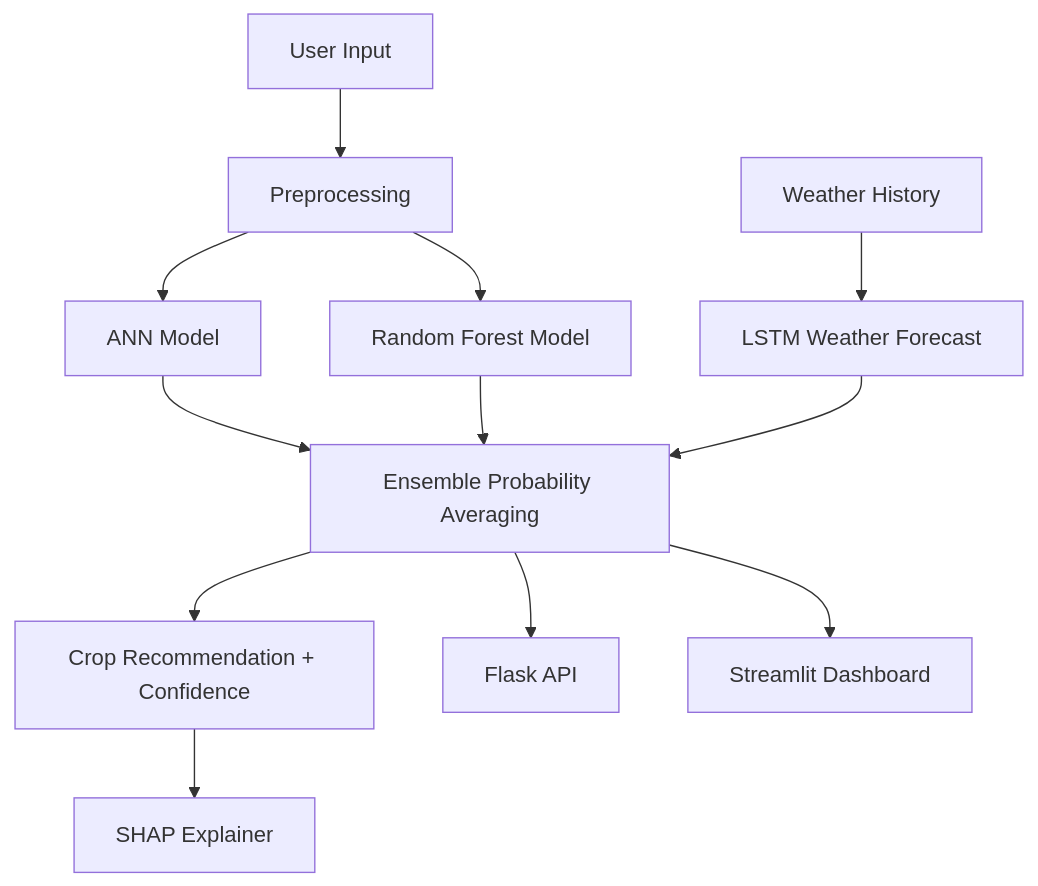
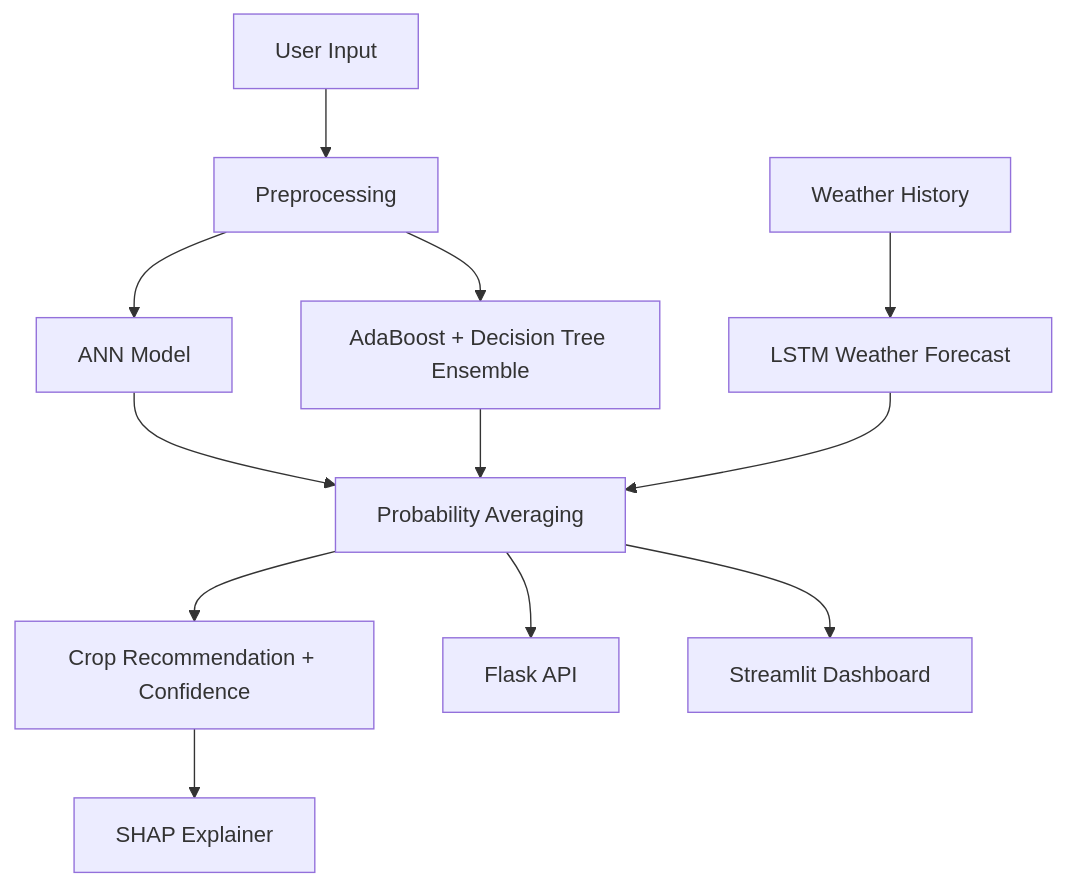
Before and after one commit to dinesh-naragani/crs: the diagram in README.md, drawn with Mermaid. The commit also changed other lines of this file and 7 other files, not shown here.

Commit message:
ada and tree

````diff
--- a/README.md
+++ b/README.md
@@ -43,14 +43,14 @@
 ```mermaid
 flowchart TD
     A[User Input] --> B[Preprocessing]
     B --> C[ANN Model]
-    B --> D[Random Forest Model]
-    C --> E[Ensemble Probability Averaging]
+    B --> D[AdaBoost + Decision Tree Ensemble]
+    C --> E[Probability Averaging]
     D --> E
     E --> F[Crop Recommendation + Confidence]
     F --> G[SHAP Explainer]
     H[Weather History] --> I[LSTM Weather Forecast]
     I --> E
     E --> J[Flask API]
     E --> K[Streamlit Dashboard]
 ```
````
